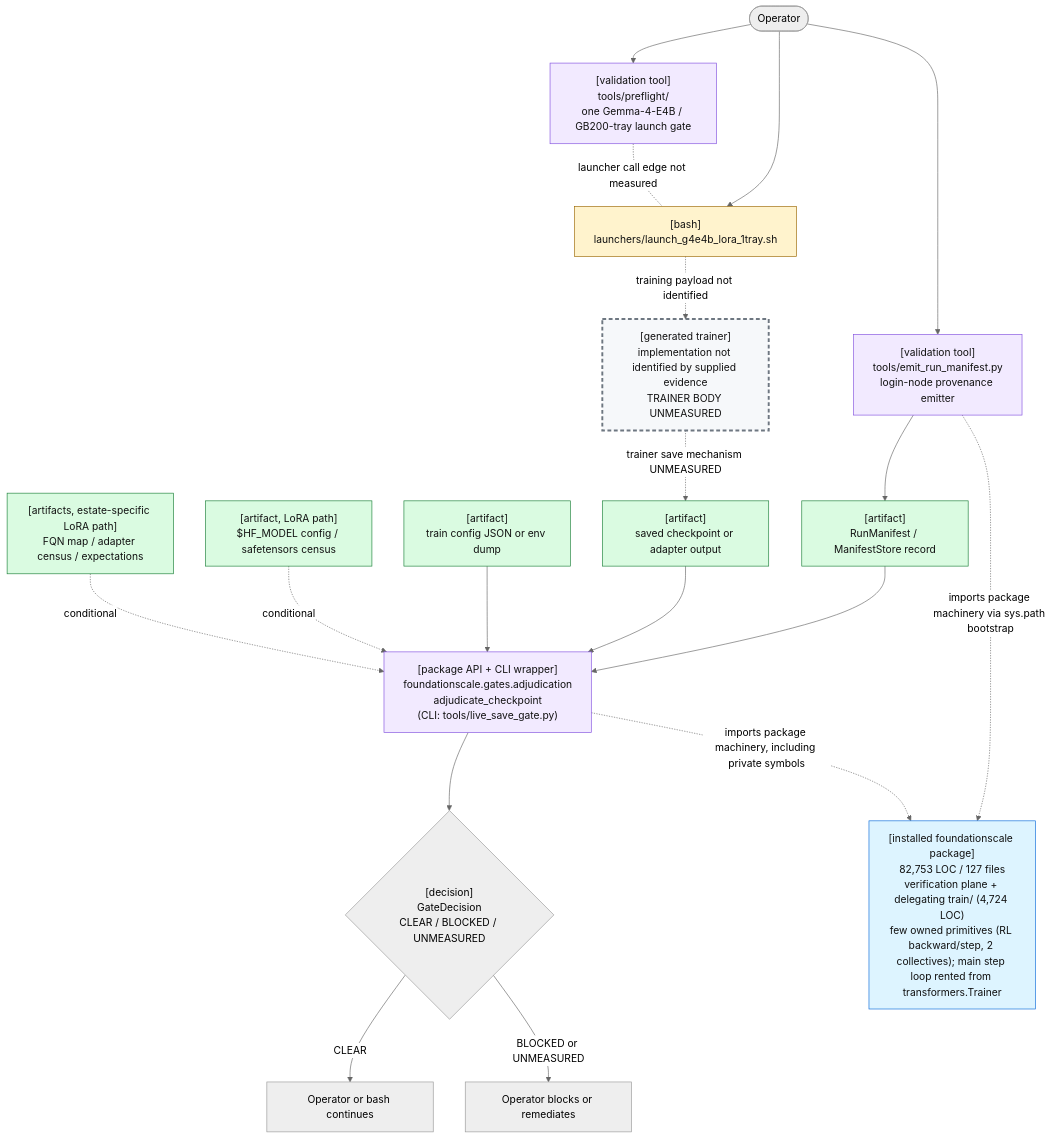
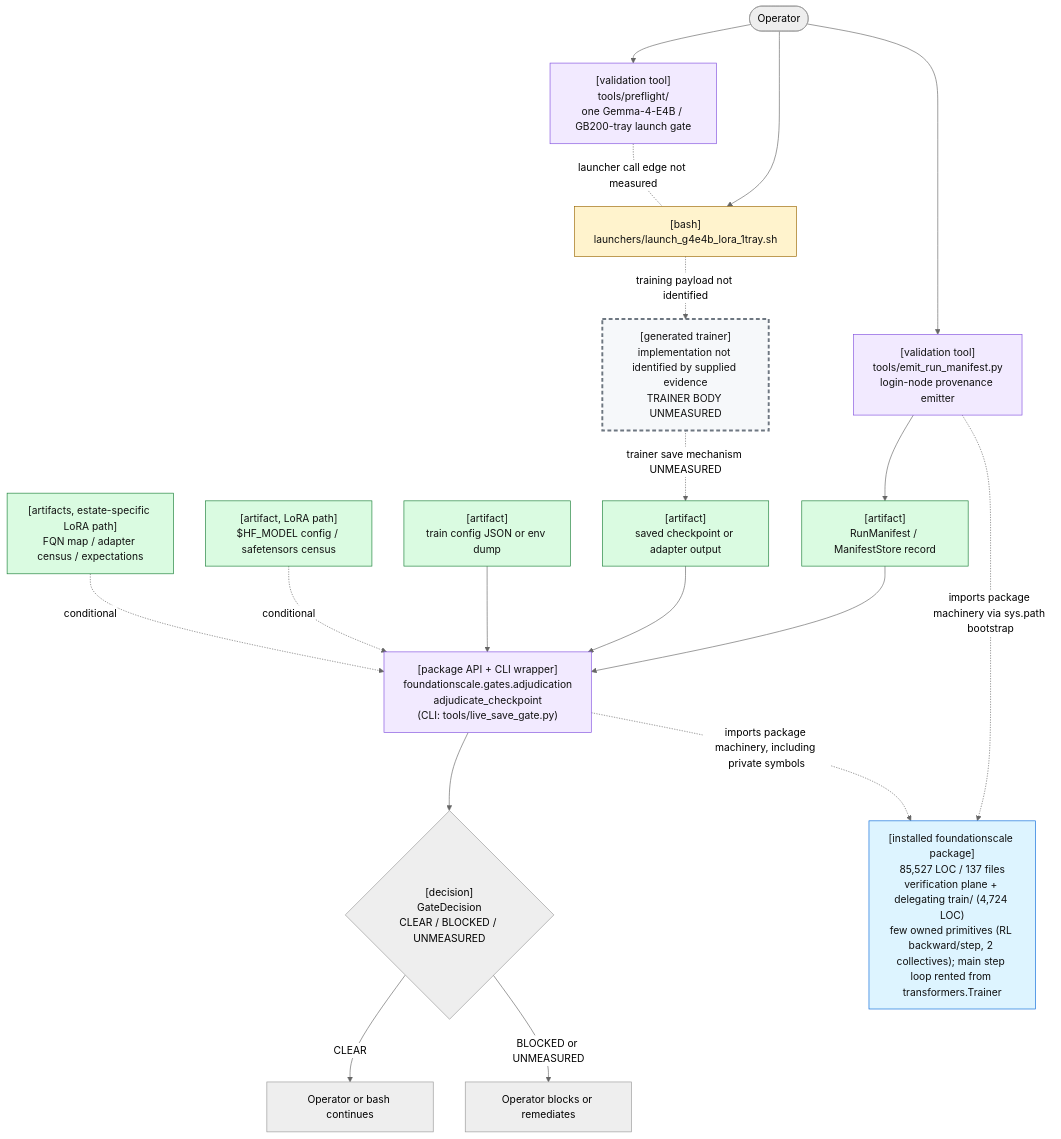
Before and after one commit to TranNhiem/FoundationScale: the first of 2 diagrams in docs/review/D2_current_architecture.md, drawn with Mermaid (neutral theme). The commit also changed other lines of this file and 10 other files, not shown here.

````diff
--- a/docs/review/D2_current_architecture.md
+++ b/docs/review/D2_current_architecture.md
@@ -25,59 +25,59 @@
 ```mermaid
 flowchart TB
   O(["Operator"])
 
   PF["[validation tool]<br/>tools/preflight/<br/>one Gemma-4-E4B / GB200-tray launch gate"]
   L["[bash]<br/>launchers/launch_g4e4b_lora_1tray.sh"]
 
   E["[validation tool]<br/>tools/emit_run_manifest.py<br/>login-node provenance emitter"]
   M["[artifact]<br/>RunManifest / ManifestStore record"]
 
   T["[generated trainer]<br/>implementation not identified by supplied evidence<br/>TRAINER BODY UNMEASURED"]
   C["[artifact]<br/>saved checkpoint or adapter output"]
 
   G["[package API + CLI wrapper]<br/>foundationscale.gates.adjudication<br/>adjudicate_checkpoint<br/>(CLI: tools/live_save_gate.py)"]
   CFG["[artifact]<br/>train config JSON or env dump"]
   BASE["[artifact, LoRA path]<br/>$HF_MODEL config / safetensors census"]
   CEN["[artifacts, estate-specific LoRA path]<br/>FQN map / adapter census / expectations"]
 
   D{"[decision]<br/>GateDecision<br/>CLEAR / BLOCKED / UNMEASURED"}
   OK["Operator or bash continues"]
   NO["Operator blocks or remediates"]
 
-  PKG["[installed foundationscale package]<br/>82,753 LOC / 127 files<br/>verification plane + delegating train/ (4,724 LOC)<br/>few owned primitives (RL backward/step, 2 collectives); main step loop rented from transformers.Trainer"]
+  PKG["[installed foundationscale package]<br/>85,527 LOC / 137 files<br/>verification plane + delegating train/ (4,724 LOC)<br/>few owned primitives (RL backward/step, 2 collectives); main step loop rented from transformers.Trainer"]
 
   O --> PF
   O --> L
   PF -. "launcher call edge not measured" .- L
 
   O --> E
   E --> M
 
   L -. "training payload not identified" .-> T
   T -. "trainer save mechanism UNMEASURED" .-> C
 
   M --> G
   C --> G
   CFG --> G
   BASE -. "conditional" .-> G
   CEN -. "conditional" .-> G
 
   E -. "imports package machinery via sys.path bootstrap" .-> PKG
   G -. "imports package machinery, including private symbols" .-> PKG
 
   G --> D
   D -->|"CLEAR"| OK
   D -->|"BLOCKED or UNMEASURED"| NO
 
   classDef bash fill:#fff3cd,stroke:#9a6700,color:#111;
   classDef tool fill:#f2eaff,stroke:#8250df,color:#111;
   classDef artifact fill:#dafbe1,stroke:#1a7f37,color:#111;
   classDef gap fill:#f6f8fa,stroke:#6e7781,stroke-width:3px,stroke-dasharray: 6 4,color:#111;
   classDef pkg fill:#ddf4ff,stroke:#0969da,color:#111;
 
   class L bash;
   class PF,E,G tool;
   class M,C,CFG,BASE,CEN artifact;
   class T gap;
   class PKG pkg;
 ```
````
